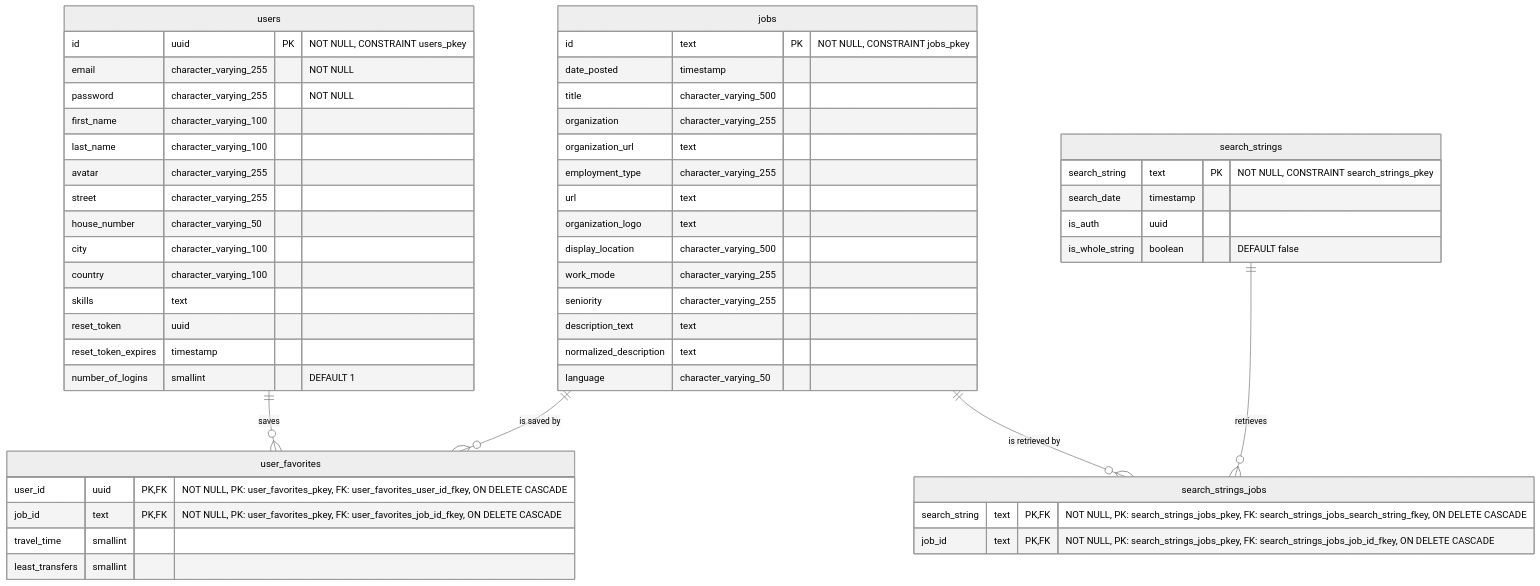
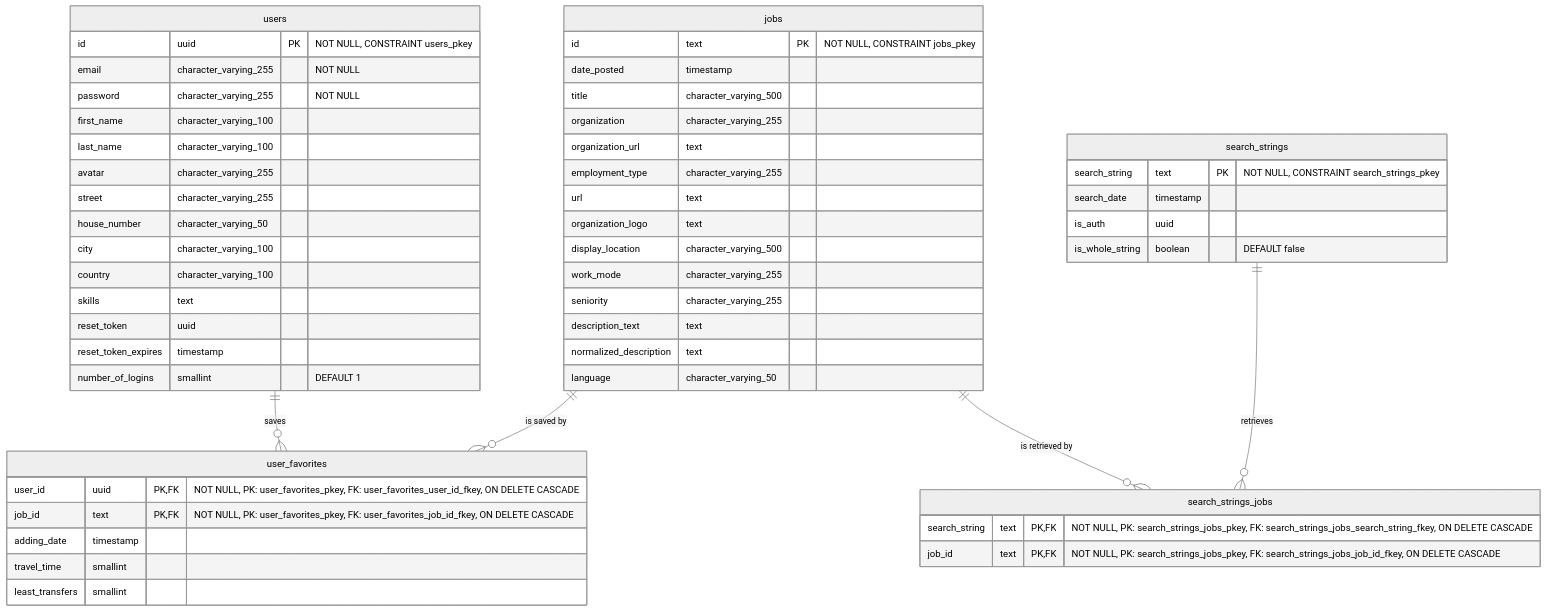
One commit to YahyaAl-Ademi/2025.10.23-JobCompass changed the diagram in documentation/ERD.md. Above: the diagram before and after it, drawn with Mermaid (neutral theme). The commit also changed other lines of this file and 3 other files, not shown here.

Commit message:
Refactor documentation: update ERD and related files for clarity and improved structure

````diff
--- a/documentation/ERD.md
+++ b/documentation/ERD.md
@@ -5,60 +5,61 @@
 ```mermaid
 erDiagram
     users ||--o{ user_favorites : "saves"
     jobs ||--o{ user_favorites : "is saved by"
     search_strings ||--o{ search_strings_jobs : "retrieves"
     jobs ||--o{ search_strings_jobs : "is retrieved by"
 
     users {
         id uuid PK "NOT NULL, CONSTRAINT users_pkey"
         email character_varying_255 "NOT NULL"
         password character_varying_255 "NOT NULL"
         first_name character_varying_100
         last_name character_varying_100
         avatar character_varying_255
         street character_varying_255
         house_number character_varying_50
         city character_varying_100
         country character_varying_100
         skills text
         reset_token uuid
         reset_token_expires timestamp
         number_of_logins smallint "DEFAULT 1"
     }
 
     jobs {
         id text PK "NOT NULL, CONSTRAINT jobs_pkey"
         date_posted timestamp
         title character_varying_500
         organization character_varying_255
         organization_url text
         employment_type character_varying_255
         url text
         organization_logo text
         display_location character_varying_500
         work_mode character_varying_255
         seniority character_varying_255
         description_text text
         normalized_description text
         language character_varying_50
     }
 
     user_favorites {
         user_id uuid PK,FK "NOT NULL, PK: user_favorites_pkey, FK: user_favorites_user_id_fkey, ON DELETE CASCADE"
         job_id text PK,FK "NOT NULL, PK: user_favorites_pkey, FK: user_favorites_job_id_fkey, ON DELETE CASCADE"
+        adding_date timestamp
         travel_time smallint
         least_transfers smallint
     }
 
     search_strings {
         search_string text PK "NOT NULL, CONSTRAINT search_strings_pkey"
         search_date timestamp
         is_auth uuid
         is_whole_string boolean "DEFAULT false"
     }
 
     search_strings_jobs {
         search_string text PK,FK "NOT NULL, PK: search_strings_jobs_pkey, FK: search_strings_jobs_search_string_fkey, ON DELETE CASCADE"
         job_id text PK,FK "NOT NULL, PK: search_strings_jobs_pkey, FK: search_strings_jobs_job_id_fkey, ON DELETE CASCADE"
     }
 ```
````
